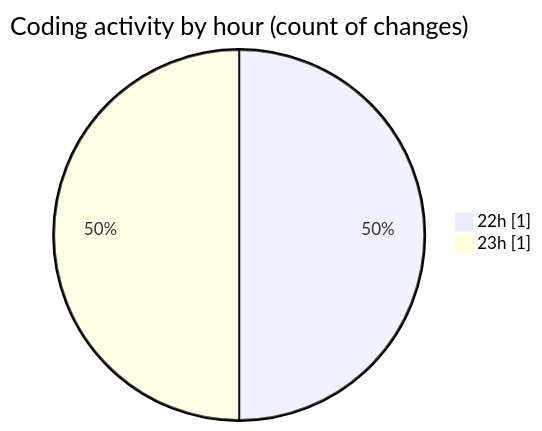
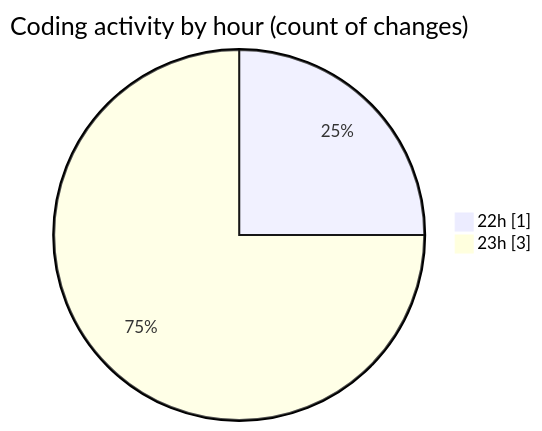
Before and after one commit to EIIisD/code-tracking: the second of 2 diagrams in 2025-07-28/ani/README.md, drawn with Mermaid. The commit also changed other lines of this file and 1 other file, not shown here.

````diff
--- a/2025-07-28/ani/README.md
+++ b/2025-07-28/ani/README.md
@@ -30,6 +32,6 @@
 ```mermaid
 pie showData
 title Coding activity by hour (count of changes)
 "22h" : 1
-"23h" : 1
+"23h" : 3
 ```
````
